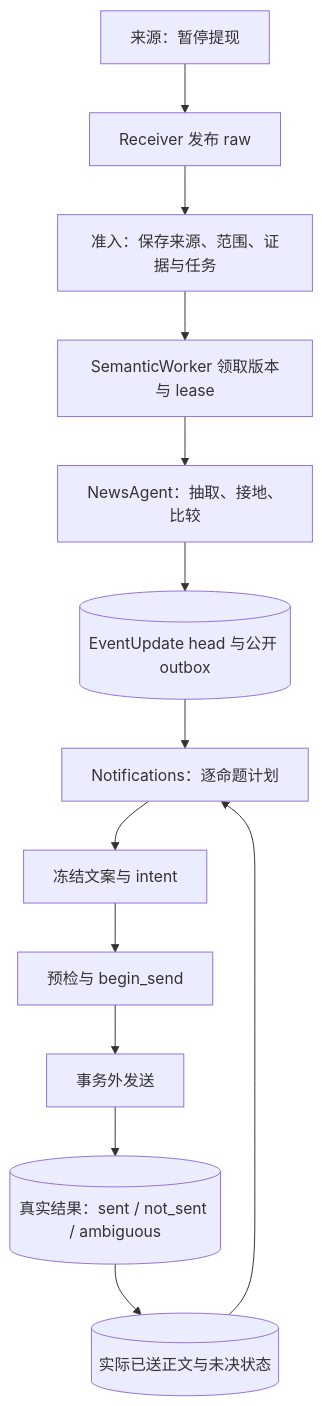
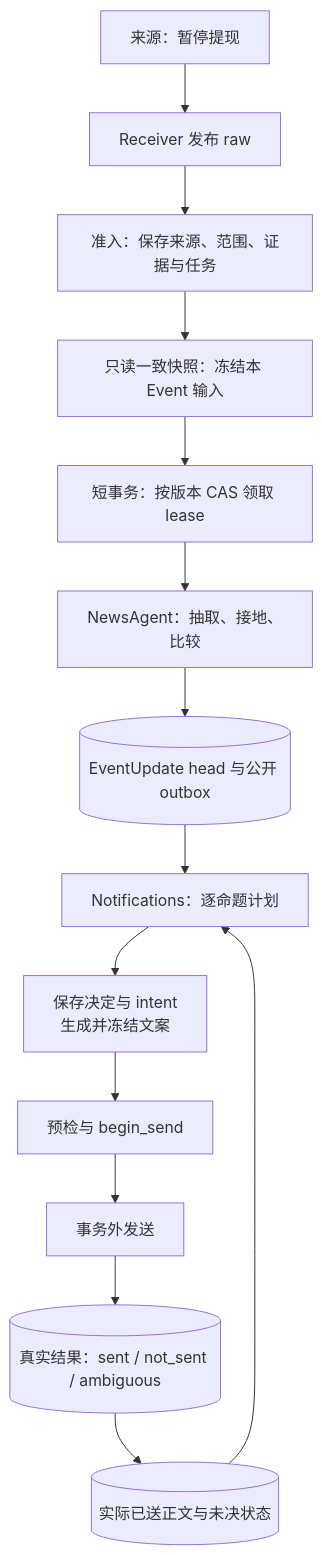
One commit to AnalyThothAI/tracefold changed the diagram in docs/modules/news-semantics-guide.md. Above: the diagram before and after it, drawn with Mermaid. The commit also changed other lines of this file and 10 other files, not shown here.

Commit message:
docs: clarify design flows and technical terminology

````diff
--- a/docs/modules/news-semantics-guide.md
+++ b/docs/modules/news-semantics-guide.md
@@ -12,21 +34,22 @@
 ```mermaid
 ---
 config:
   fontFamily: "system-ui, Noto Sans CJK SC, Microsoft YaHei, WenQuanYi Zen Hei, sans-serif"
 ---
 flowchart TB
     accTitle: 一条编辑型新闻从来源到实际回执
-    accDescr: 来源准入、语义采用、通知计划与实际发送依次交接，读者上下文来自真实回执。
+    accDescr: 暂停、补充和恢复的来源经准入保存。语义侧先用只读一致快照冻结输入，再以短事务领取，随后抽取、比较和采用。通知侧从真实已送正文与未决状态规划，冻结卡片，复查发送许可，在事务外调用提供商并保存实际结果。
     A[来源：暂停提现] --> B[Receiver 发布 raw]
     B --> C[准入：保存来源、范围、证据与任务]
-    C --> D[SemanticWorker 领取版本与 lease]
+    C --> R[只读一致快照：冻结本 Event 输入]
+    R --> D[短事务：按版本 CAS 领取 lease]
     D --> E[NewsAgent：抽取、接地、比较]
     E --> F[(EventUpdate head 与公开 outbox)]
     F --> G[Notifications：逐命题计划]
     H[(实际已送正文与未决状态)] --> G
-    G --> I[冻结文案与 intent]
+    G --> I[保存决定与 intent<br/>生成并冻结文案]
     I --> J[预检与 begin_send]
     J --> K[事务外发送]
     K --> L[(真实结果：sent / not_sent / ambiguous)]
     L --> H
 ```
````
